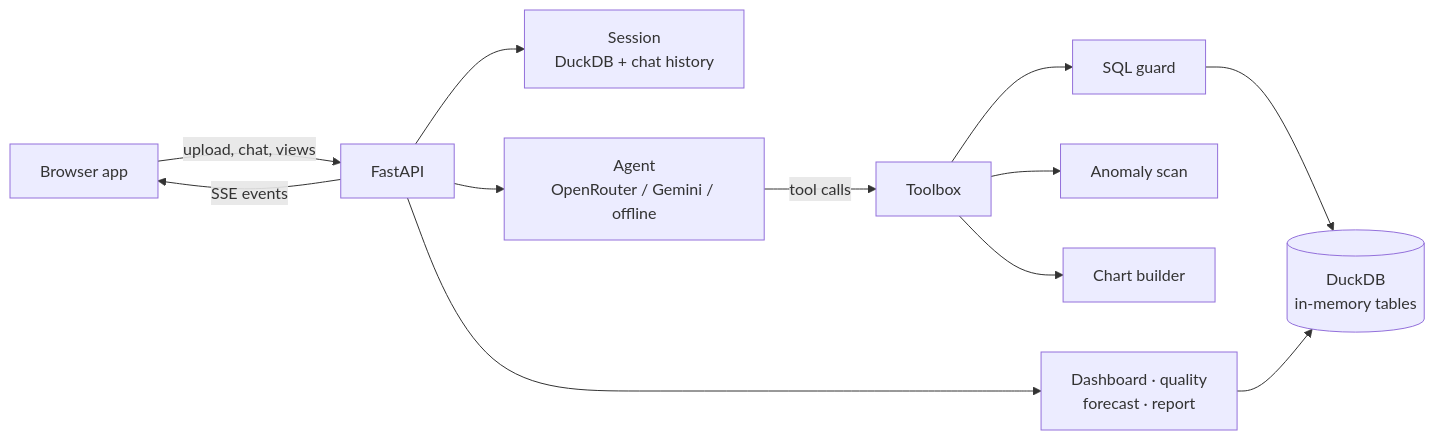
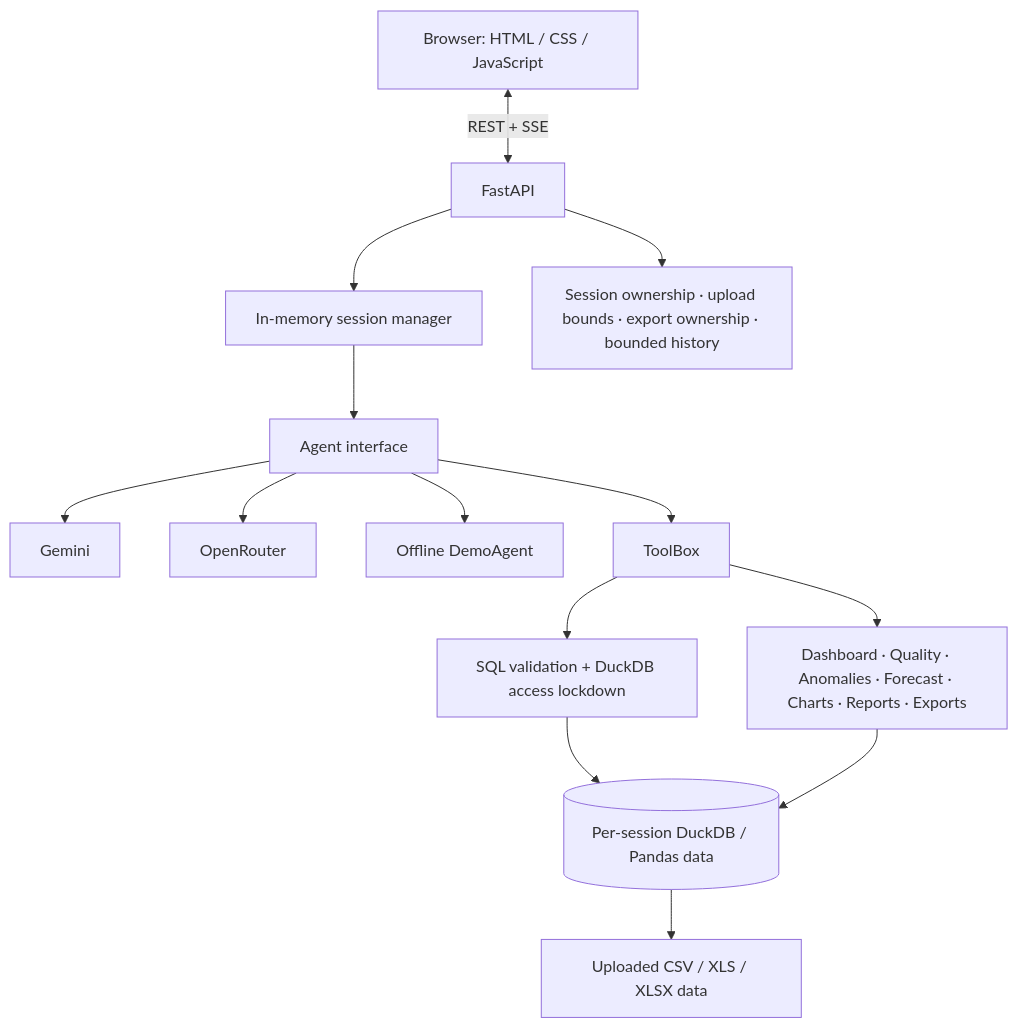
One commit to mayankrajray/ask-csv changed the diagram in README.md. Above: the diagram before and after it, drawn with Mermaid. The commit also changed other lines of this file and 6 other files, not shown here.

````diff
--- a/README.md
+++ b/README.md
@@ -163,14 +19,16 @@
 ```mermaid
-flowchart LR
-  B["Browser app"] -->|"upload, chat, views"| API["FastAPI"]
-  API -->|"SSE events"| B
-  API --> SES["Session<br/>DuckDB + chat history"]
-  API --> AGT["Agent<br/>OpenRouter / Gemini / offline"]
-  AGT -->|"tool calls"| TB["Toolbox"]
-  TB --> GRD["SQL guard"]
-  GRD --> DB[("DuckDB<br/>in-memory tables")]
-  TB --> ANM["Anomaly scan"]
-  TB --> CHT["Chart builder"]
-  API --> ANL["Dashboard · quality<br/>forecast · report"]
-  ANL --> DB
+flowchart TD
+  Browser[Browser: HTML / CSS / JavaScript] <-->|REST + SSE| API[FastAPI]
+  API --> SM[In-memory session manager]
+  SM --> Agent[Agent interface]
+  Agent --> Gemini[Gemini]
+  Agent --> OR[OpenRouter]
+  Agent --> Demo[Offline DemoAgent]
+  Agent --> TB[ToolBox]
+  TB --> Guard[SQL validation + DuckDB access lockdown]
+  Guard --> DB[(Per-session DuckDB / Pandas data)]
+  DB --> Files[Uploaded CSV / XLS / XLSX data]
+  TB --> Analytics[Dashboard · Quality · Anomalies · Forecast · Charts · Reports · Exports]
+  Analytics --> DB
+  API --> Boundaries[Session ownership · upload bounds · export ownership · bounded history]
 ```
````
